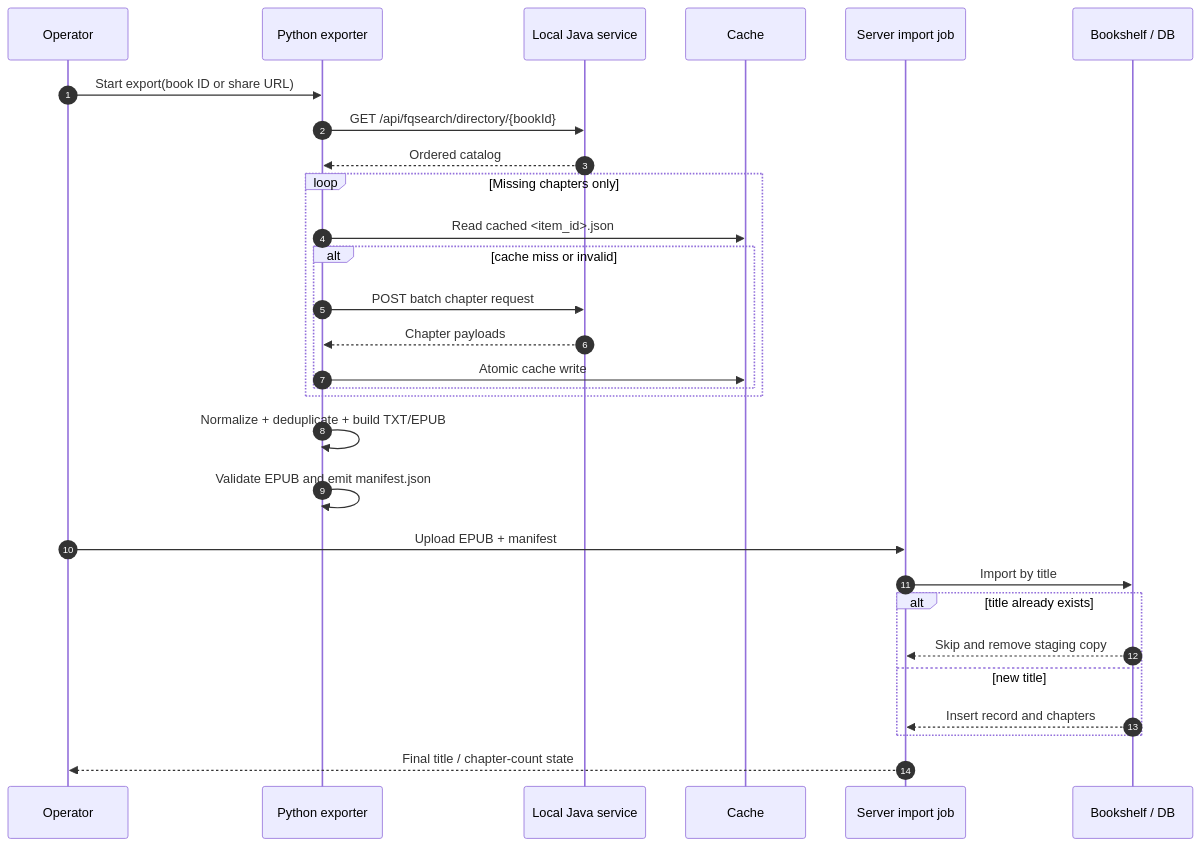
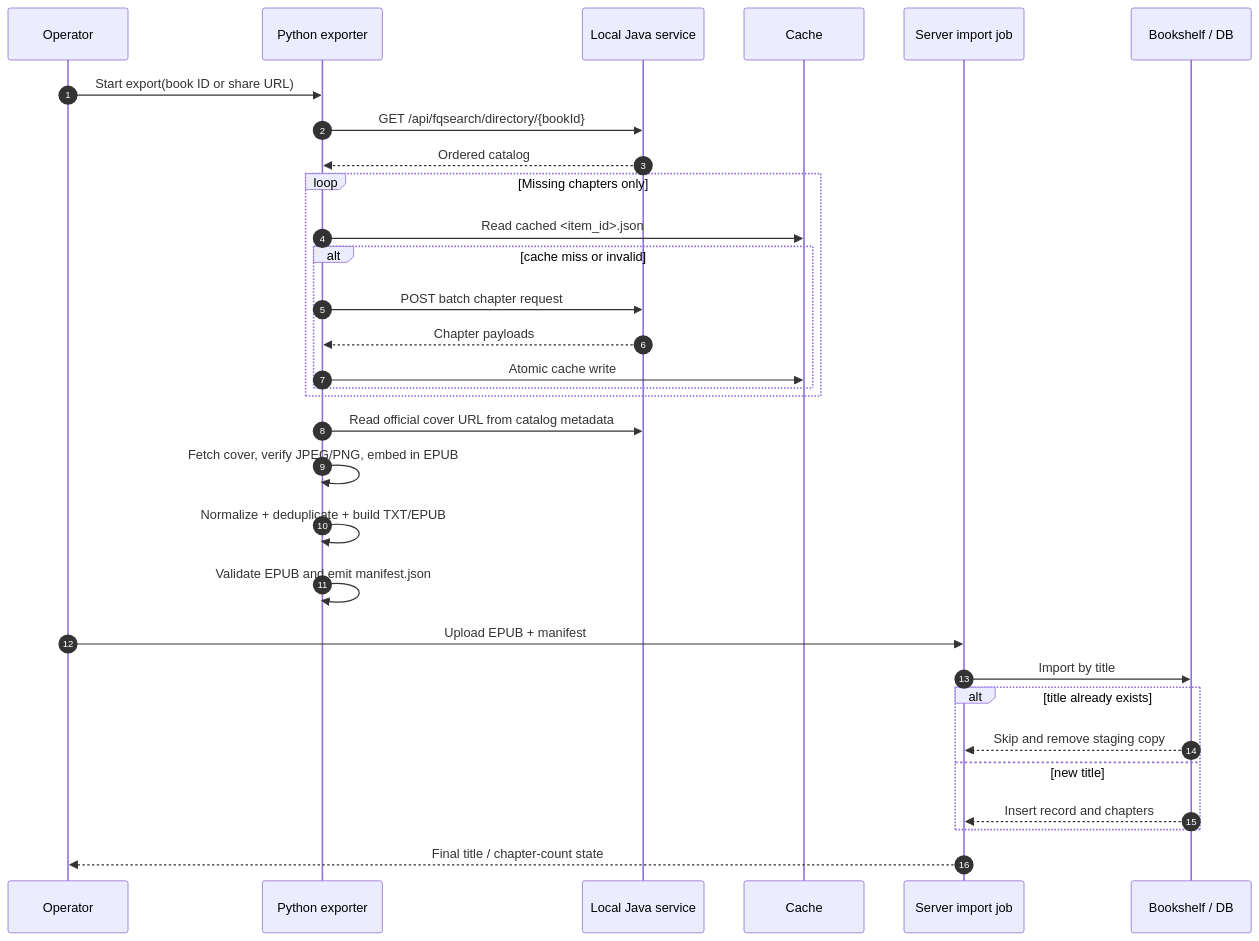
One commit to Syking-of-Sky/fanqie-novel-export-pipeline changed the second of 2 diagrams in README.md. Above: the diagram before and after it, drawn with Mermaid. The commit also changed other lines of this file and 9 other files, not shown here.

Commit message:
Add official cover export and EPUB embedding

````diff
--- a/README.md
+++ b/README.md
@@ -50,32 +51,34 @@
 ```mermaid
 sequenceDiagram
   autonumber
   participant U as Operator
   participant P as Python exporter
   participant J as Local Java service
   participant C as Cache
   participant S as Server import job
   participant B as Bookshelf / DB
 
   U->>P: Start export(book ID or share URL)
   P->>J: GET /api/fqsearch/directory/{bookId}
   J-->>P: Ordered catalog
   loop Missing chapters only
     P->>C: Read cached <item_id>.json
     alt cache miss or invalid
       P->>J: POST batch chapter request
       J-->>P: Chapter payloads
       P->>C: Atomic cache write
     end
   end
+  P->>J: Read official cover URL from catalog metadata
+  P->>P: Fetch cover, verify JPEG/PNG, embed in EPUB
   P->>P: Normalize + deduplicate + build TXT/EPUB
   P->>P: Validate EPUB and emit manifest.json
   U->>S: Upload EPUB + manifest
   S->>B: Import by title
   alt title already exists
     B-->>S: Skip and remove staging copy
   else new title
     B-->>S: Insert record and chapters
   end
   S-->>U: Final title / chapter-count state
 ```
````
